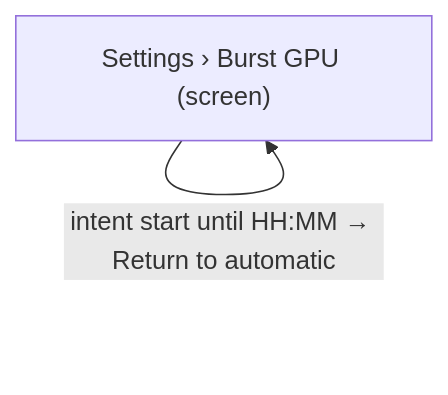
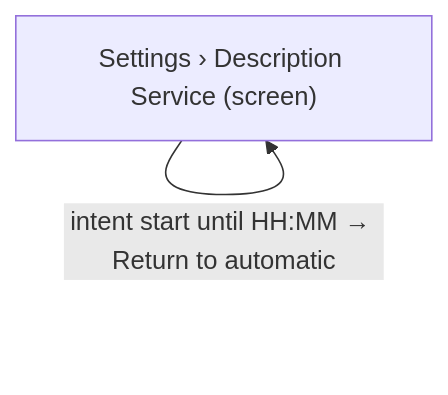
Before and after one commit to darce/context-alt-text-monorepo: the third of 3 diagrams in apps/prototype-wp-alt-context/docs/ux-maps/gpu-operator-control.md, drawn with Mermaid. The commit also changed other lines of this file and 2 other files, not shown here.

First line of the commit message:
offload: gpu-operator-control now uses Description Service copy,

````diff
--- a/apps/prototype-wp-alt-context/docs/ux-maps/gpu-operator-control.md
+++ b/apps/prototype-wp-alt-context/docs/ux-maps/gpu-operator-control.md
@@ -200,7 +204,7 @@
 ```mermaid
 flowchart TD
   %% flow: Return to automatic job=job-return-auto
   %% steps: [{"screen_id":"settings-burst-gpu","branch_label":"intent start until HH:MM → Return to automatic"},{"screen_id":"settings-burst-gpu","branch_label":"intent automatic; idle reap resumes"}]
-  n_settings_burst_gpu["Settings › Burst GPU (screen)"]
+  n_settings_burst_gpu["Settings › Description Service (screen)"]
   n_settings_burst_gpu -->|intent start until HH:MM → Return to automatic| n_settings_burst_gpu
 ```
````
